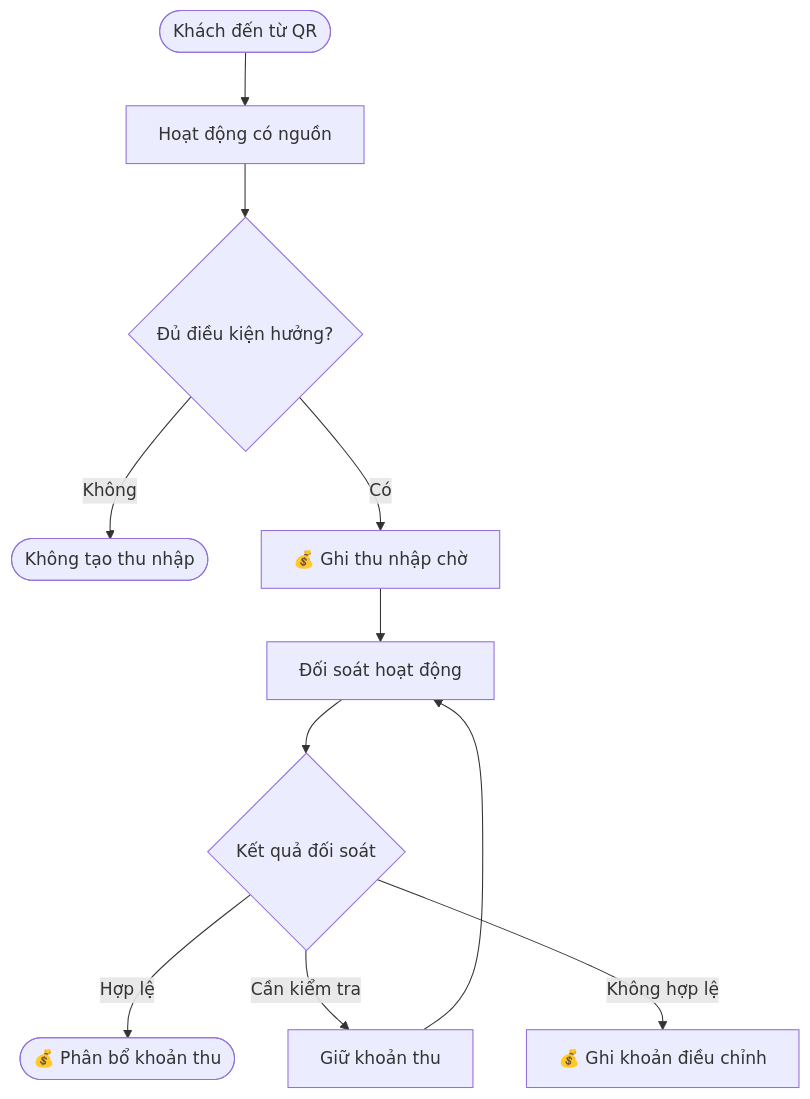
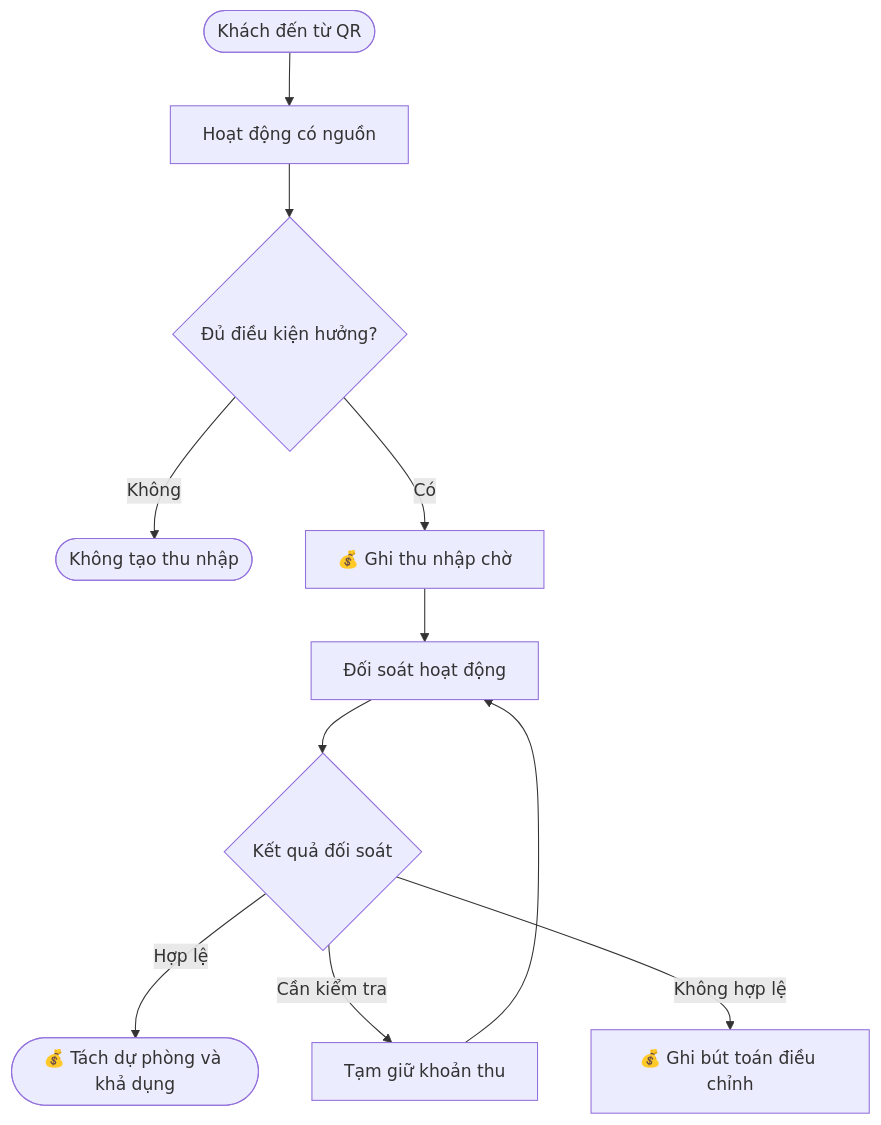
One commit to vlink-group/VlinkPay changed the second of 9 diagrams in nexora/docs/business/business-oneqr-earnings.md. Above: the diagram before and after it, drawn with Mermaid. The commit also changed other lines of this file, not shown here.

Commit message:
Make the content flow more smoothly

````diff
--- a/nexora/docs/business/business-oneqr-earnings.md
+++ b/nexora/docs/business/business-oneqr-earnings.md
@@ -139,13 +166,13 @@
 ```mermaid
 flowchart TD
     A([Khách đến từ QR]) --> B[Hoạt động có nguồn]
     B --> C{Đủ điều kiện hưởng?}
     C -- Không --> D([Không tạo thu nhập])
     C -- Có --> E[💰 Ghi thu nhập chờ]
     E --> F[Đối soát hoạt động]
     F --> G{Kết quả đối soát}
-    G -- Hợp lệ --> H([💰 Phân bổ khoản thu])
-    G -- Cần kiểm tra --> I[Giữ khoản thu]
+    G -- Hợp lệ --> H([💰 Tách dự phòng và khả dụng])
+    G -- Cần kiểm tra --> I[Tạm giữ khoản thu]
     I --> F
-    G -- Không hợp lệ --> J[💰 Ghi khoản điều chỉnh]
+    G -- Không hợp lệ --> J[💰 Ghi bút toán điều chỉnh]
 ```
````
